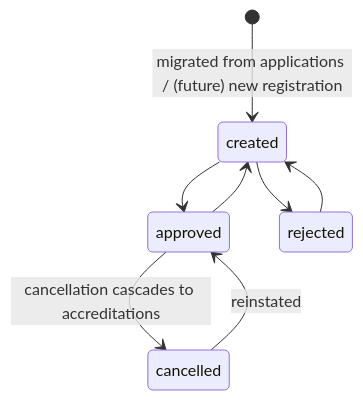
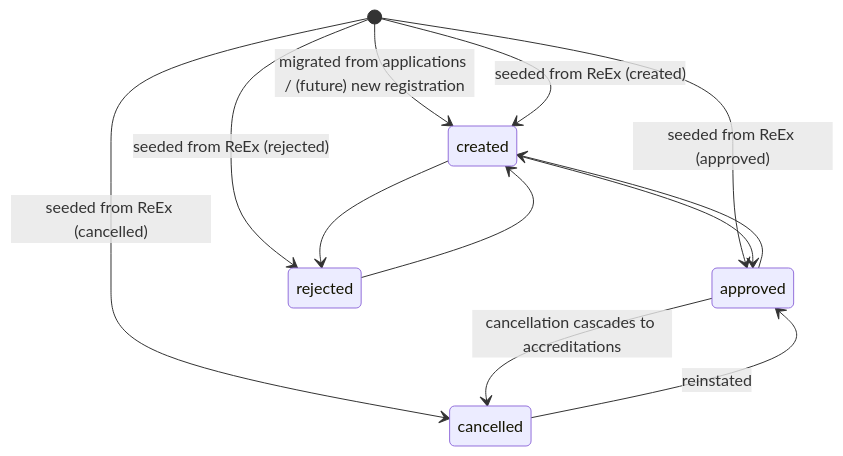
One commit to DEFRA/epr-register-enrol-backend changed the fifth of 6 diagrams in docs/analysis/register-enrol-domain-model-design.md. Above: the diagram before and after it, drawn with Mermaid. The commit also changed other lines of this file and 19 other files, not shown here.

````diff
--- a/docs/analysis/register-enrol-domain-model-design.md
+++ b/docs/analysis/register-enrol-domain-model-design.md
@@ -895,10 +900,14 @@
 ```mermaid
 stateDiagram-v2
     [*] --> created : migrated from applications / (future) new registration
+    [*] --> created : seeded from ReEx (created)
+    [*] --> approved : seeded from ReEx (approved)
+    [*] --> rejected : seeded from ReEx (rejected)
+    [*] --> cancelled : seeded from ReEx (cancelled)
     created --> approved
     created --> rejected
     approved --> cancelled : cancellation cascades to accreditations
     cancelled --> approved : reinstated
     rejected --> created
     approved --> created
 ```
````
